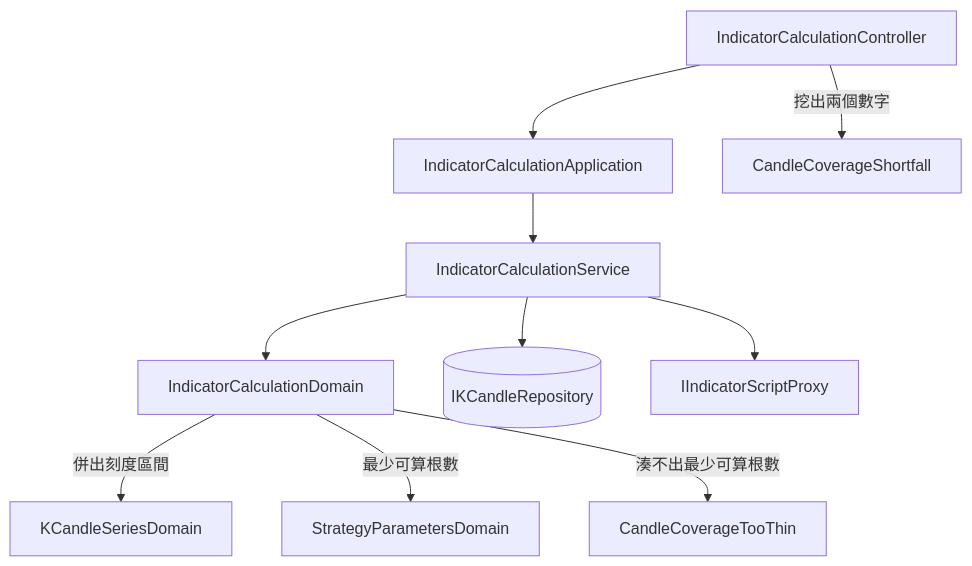
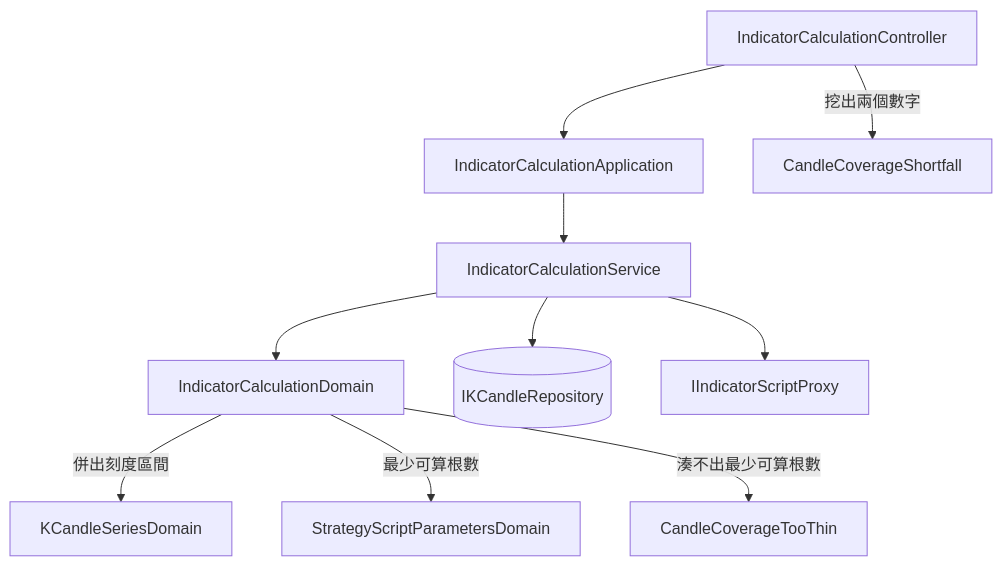
Before and after one commit to CodeMachine0121/go-trading: the diagram in .sdd/2026-09-08-partial-indicator-coverage/ARCH.md, drawn with Mermaid. The commit also changed other lines of this file and 279 other files, not shown here.

First line of the commit message:
refactor: rename strategy to strategy script (#35)

````diff
--- a/.sdd/2026-09-08-partial-indicator-coverage/ARCH.md
+++ b/.sdd/2026-09-08-partial-indicator-coverage/ARCH.md
@@ -71,12 +71,12 @@
 ```mermaid
 flowchart TD
     Ctl[IndicatorCalculationController] --> App[IndicatorCalculationApplication]
     App --> Svc[IndicatorCalculationService]
     Svc --> Dom[IndicatorCalculationDomain]
     Svc --> Repo[(IKCandleRepository)]
     Svc --> Script[IIndicatorScriptProxy]
     Dom -->|併出刻度區間| Series[KCandleSeriesDomain]
-    Dom -->|最少可算根數| Params[StrategyParametersDomain]
+    Dom -->|最少可算根數| Params[StrategyScriptParametersDomain]
     Dom -->|湊不出最少可算根數| TooThin[CandleCoverageTooThin]
     Ctl -->|挖出兩個數字| Shortfall[CandleCoverageShortfall]
 ```
````
